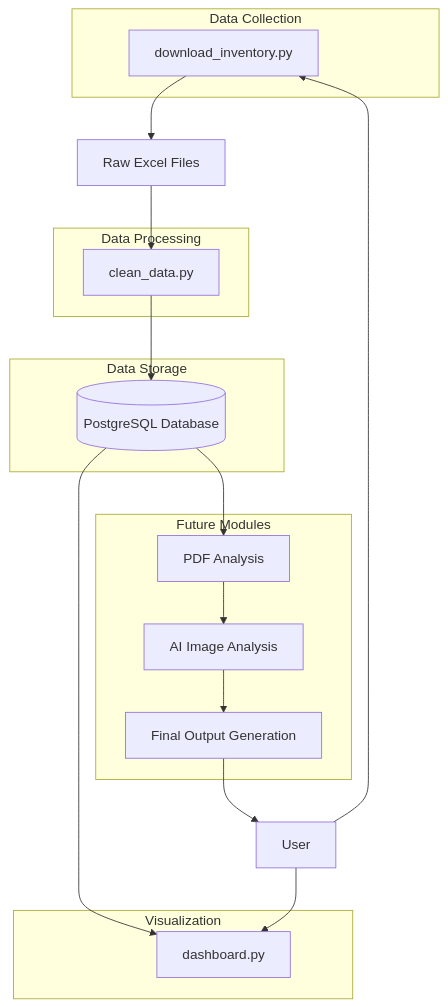
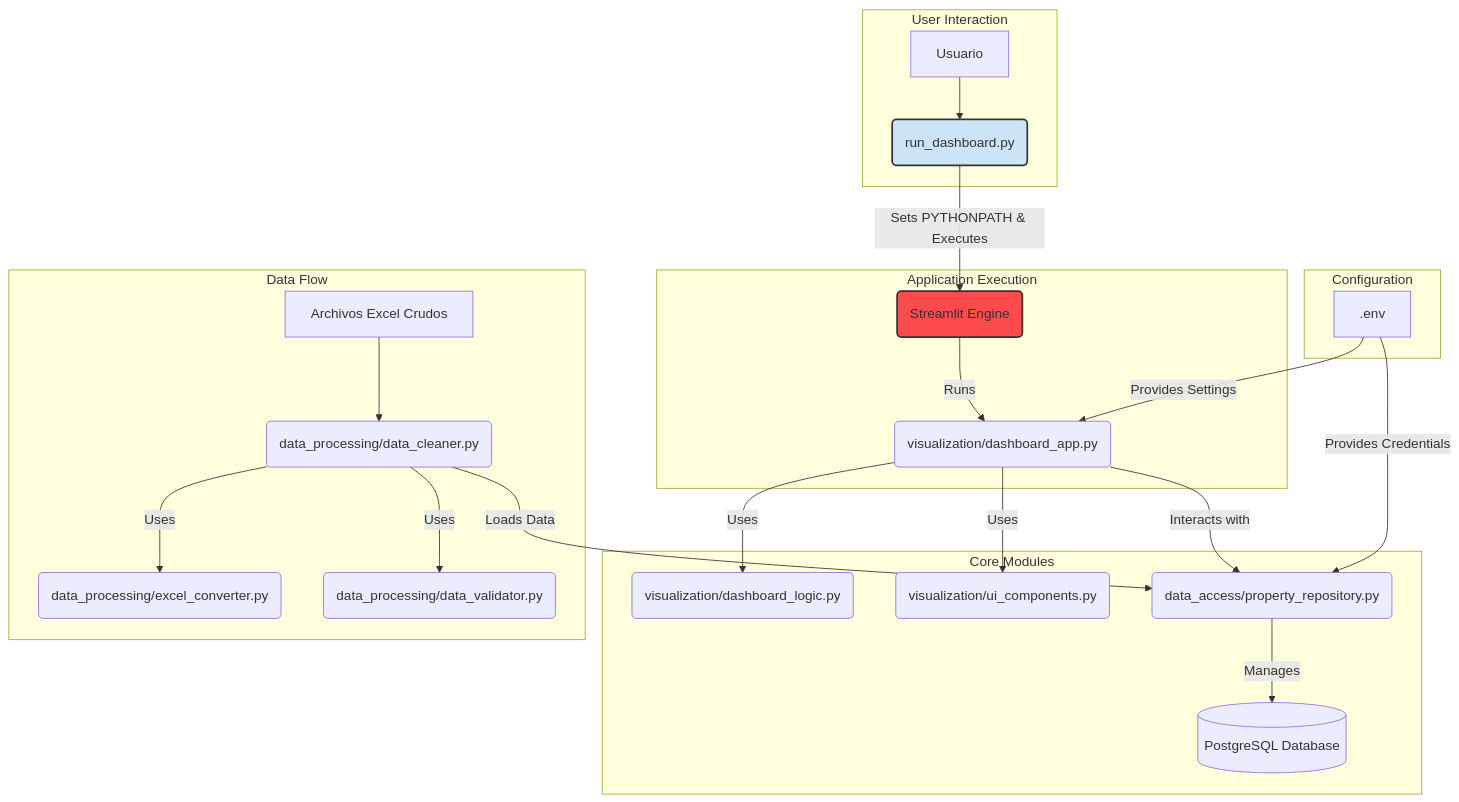
The first of 3 diagrams in README.md (fm-dev-mx/real_estate_insights), drawn with Mermaid before and after one commit. The commit also changed other lines of this file and 3 other files, not shown here.

First line of the commit message:
docs: Update architecture diagrams and README

````diff
--- a/README.md
+++ b/README.md
@@ -56,35 +43,33 @@
 ```mermaid
 graph TD
-    subgraph Data Collection
-        DC[download_inventory.py]
+    subgraph User Interaction
+        User[Usuario] --> Runner(run_dashboard.py)
     end
 
-    subgraph Data Processing
-        DP[clean_data.py]
+    subgraph Application Execution
+        Runner -- Sets PYTHONPATH & Executes --> Streamlit(Streamlit Engine)
+        Streamlit -- Runs --> DashboardApp(visualization/dashboard_app.py)
     end
 
-    subgraph Data Storage
-        DB[(PostgreSQL Database)]
+    subgraph Core Modules
+        DashboardApp -- Uses --> Logic(visualization/dashboard_logic.py)
+        DashboardApp -- Uses --> UI(visualization/ui_components.py)
+        DashboardApp -- Interacts with --> Repo(data_access/property_repository.py)
+        Repo -- Manages --> DB[(PostgreSQL Database)]
     end
 
-    subgraph Visualization
-        VI[dashboard.py]
+    subgraph Data Flow
+        RawExcel[Archivos Excel Crudos] --> Cleaner(data_processing/data_cleaner.py)
+        Cleaner -- Uses --> Converter(data_processing/excel_converter.py)
+        Cleaner -- Uses --> Validator(data_processing/data_validator.py)
+        Cleaner -- Loads Data --> Repo
     end
 
-    subgraph Future Modules
-        PA[PDF Analysis]
-        AI[AI Image Analysis]
-        FO[Final Output Generation]
+    subgraph Configuration
+        EnvFile[.env] -- Provides Credentials --> Repo
+        EnvFile -- Provides Settings --> DashboardApp
     end
 
-    User --> DC
-    DC --> RawExcel[Raw Excel Files]
-    RawExcel --> DP
-    DP --> DB
-    DB --> VI
-    User --> VI
-    DB --> PA
-    PA --> AI
-    AI --> FO
-    FO --> User
+    style Runner fill:#cde4f7,stroke:#333,stroke-width:2px
+    style Streamlit fill:#ff4b4b,stroke:#333,stroke-width:2px
 ```
````
